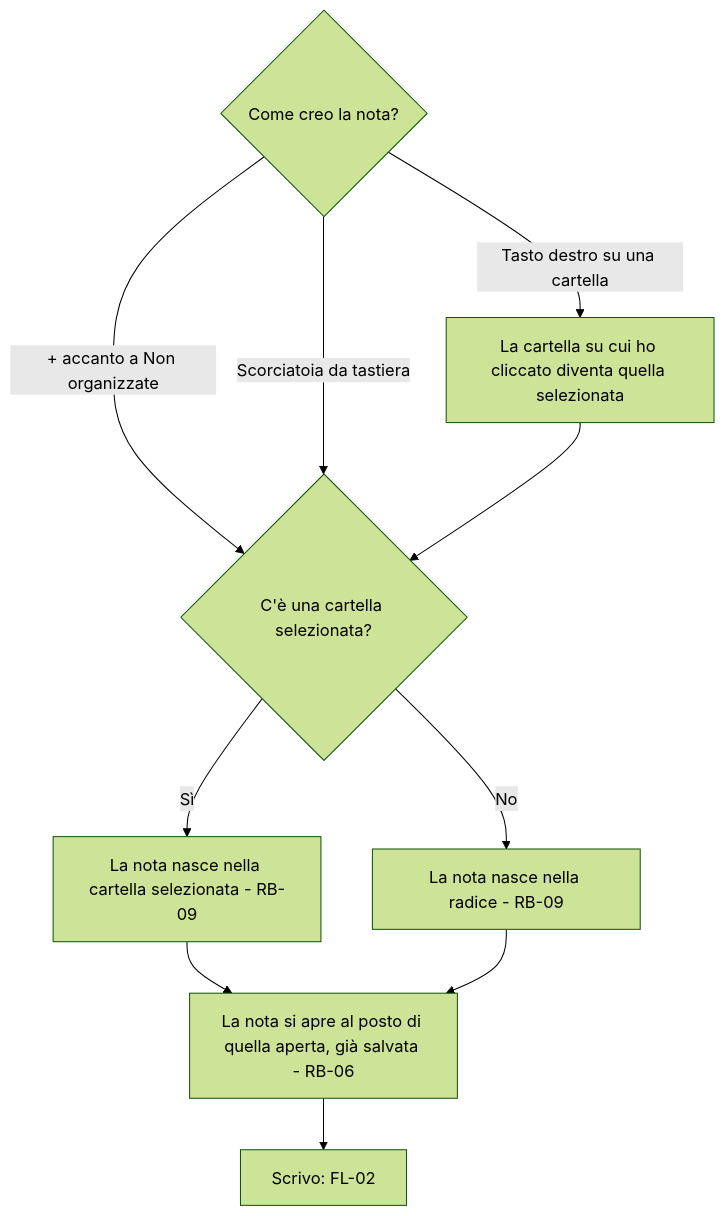
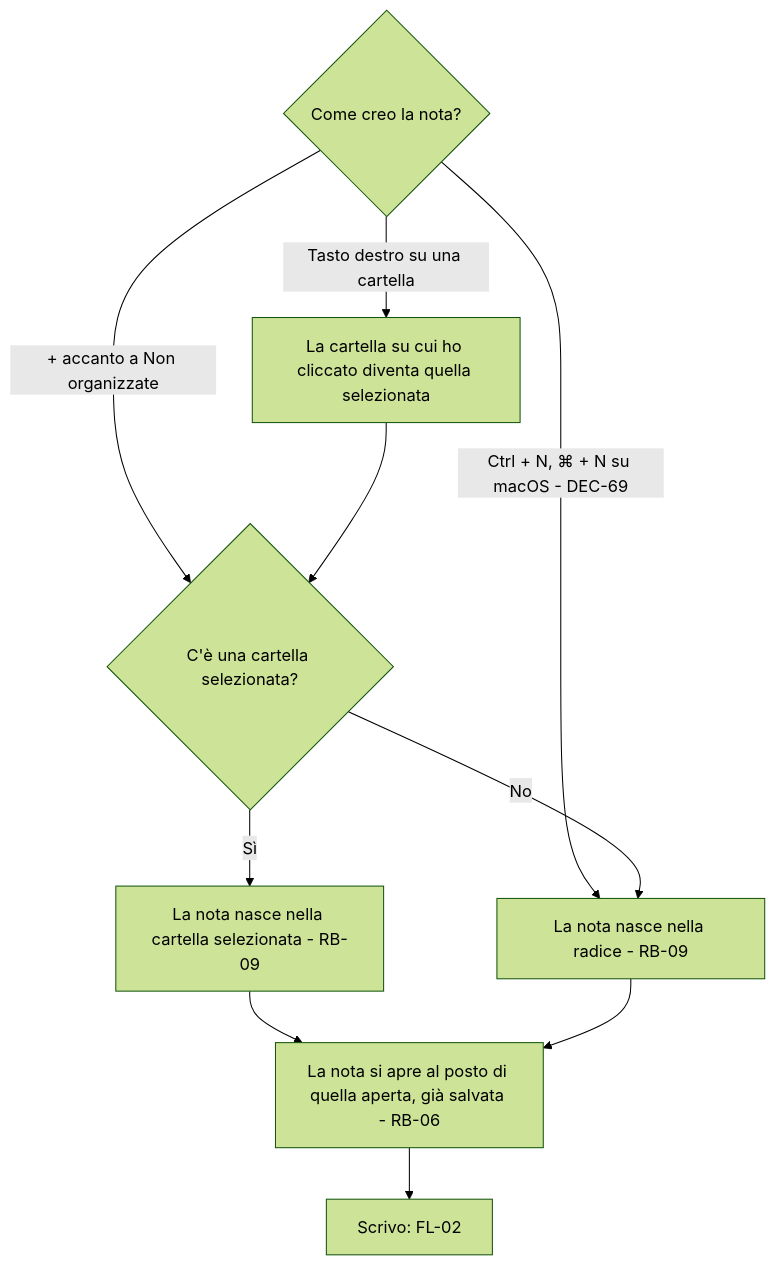
Before and after one commit to Helmutsti/MemoDu: the second of 5 diagrams in docs/moduli/note/2-flussi.md, drawn with Mermaid (forest theme). The commit also changed 73 other files, not shown here.

````diff
--- a/docs/moduli/note/2-flussi.md
+++ b/docs/moduli/note/2-flussi.md
@@ -55,12 +55,12 @@
 ```mermaid
 flowchart TD
     A{Come creo la nota?} -- + accanto a Non organizzate --> B
-    A -- Scorciatoia da tastiera --> B
+    A -- Ctrl + N, ⌘ + N su macOS - DEC-69 --> E
     A -- Tasto destro su una cartella --> C[La cartella su cui ho cliccato diventa quella selezionata]
     C --> B{C'è una cartella selezionata?}
     B -- Sì --> D[La nota nasce nella cartella selezionata - RB-09]
     B -- No --> E[La nota nasce nella radice - RB-09]
     D --> F[La nota si apre al posto di quella aperta, già salvata - RB-06]
     E --> F
     F --> G[Scrivo: FL-02]
 ```
````
